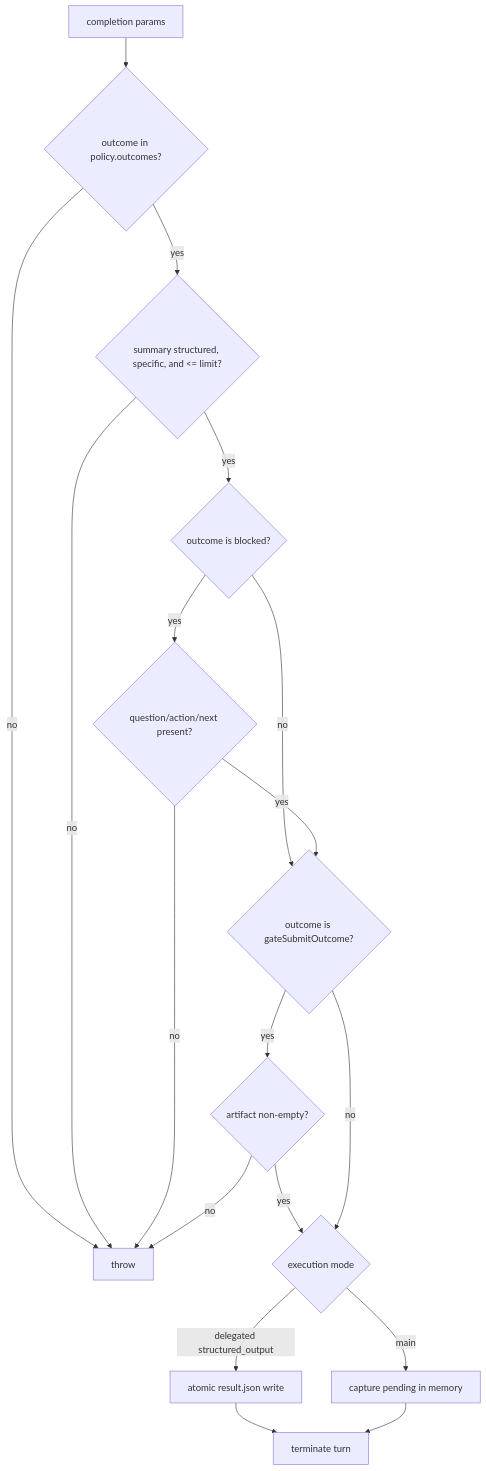
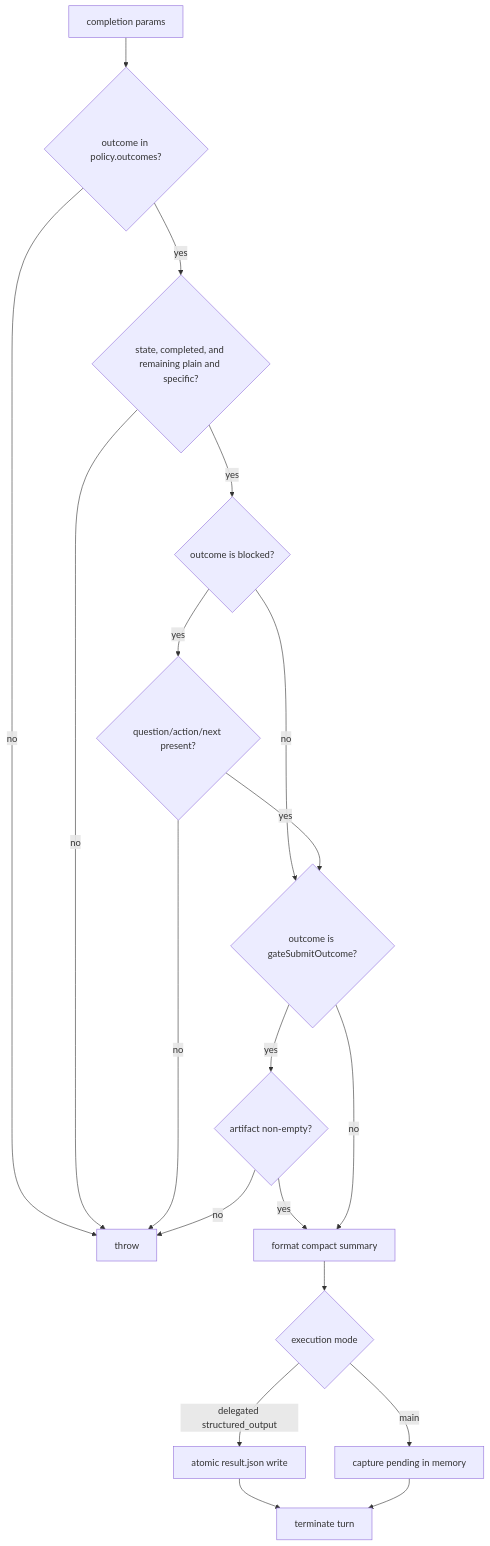
One commit to wichayutdew/pi-workflows changed the sixth of 7 diagrams in openwiki/security/policy-model.md. Above: the diagram before and after it, drawn with Mermaid. The commit also changed other lines of this file and 4 other files, not shown here.

````diff
--- a/openwiki/security/policy-model.md
+++ b/openwiki/security/policy-model.md
@@ -104,20 +104,21 @@
 ```mermaid
 flowchart TD
   Complete[completion params] --> Outcome{outcome in policy.outcomes?}
   Outcome -- no --> Reject[throw]
-  Outcome -- yes --> Summary{summary structured, specific, and <= limit?}
-  Summary -- no --> Reject
-  Summary -- yes --> BlockedOutcome{outcome is blocked?}
+  Outcome -- yes --> Handoff{state, completed, and remaining plain and specific?}
+  Handoff -- no --> Reject
+  Handoff -- yes --> BlockedOutcome{outcome is blocked?}
   BlockedOutcome -- no --> Gate{outcome is gateSubmitOutcome?}
-  BlockedOutcome -- yes --> BlockedSummary{question/action/next present?}
-  BlockedSummary -- no --> Reject
-  BlockedSummary -- yes --> Gate
+  BlockedOutcome -- yes --> BlockedFields{question/action/next present?}
+  BlockedFields -- no --> Reject
+  BlockedFields -- yes --> Gate
   Gate -- yes --> Artifact{artifact non-empty?}
   Artifact -- no --> Reject
-  Artifact -- yes --> Mode{execution mode}
-  Gate -- no --> Mode
+  Artifact -- yes --> Summary[format compact summary]
+  Gate -- no --> Summary
+  Summary --> Mode{execution mode}
   Mode -- delegated structured_output --> Write[atomic result.json write]
   Mode -- main --> Capture[capture pending in memory]
   Write --> Terminate[terminate turn]
   Capture --> Terminate
 ```
````
